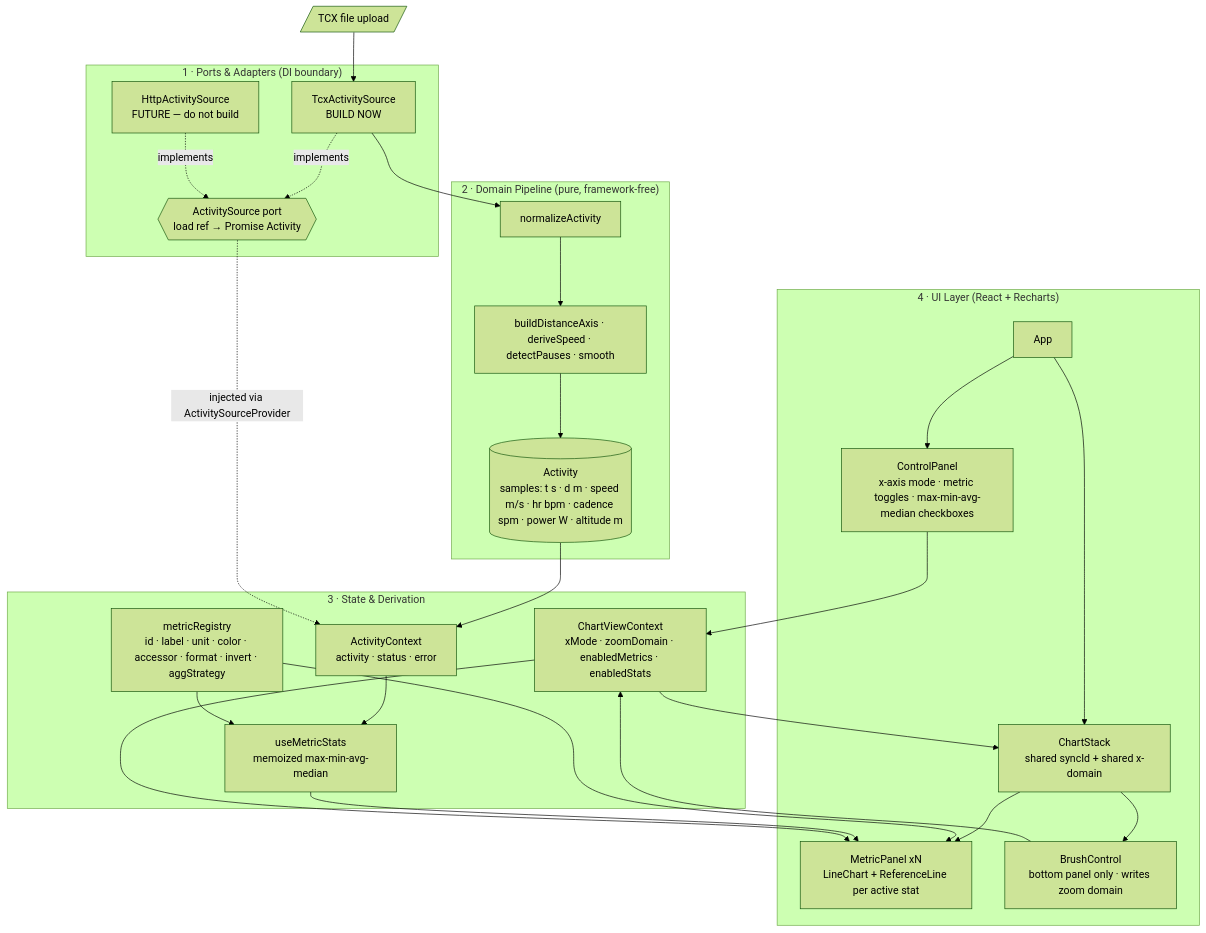
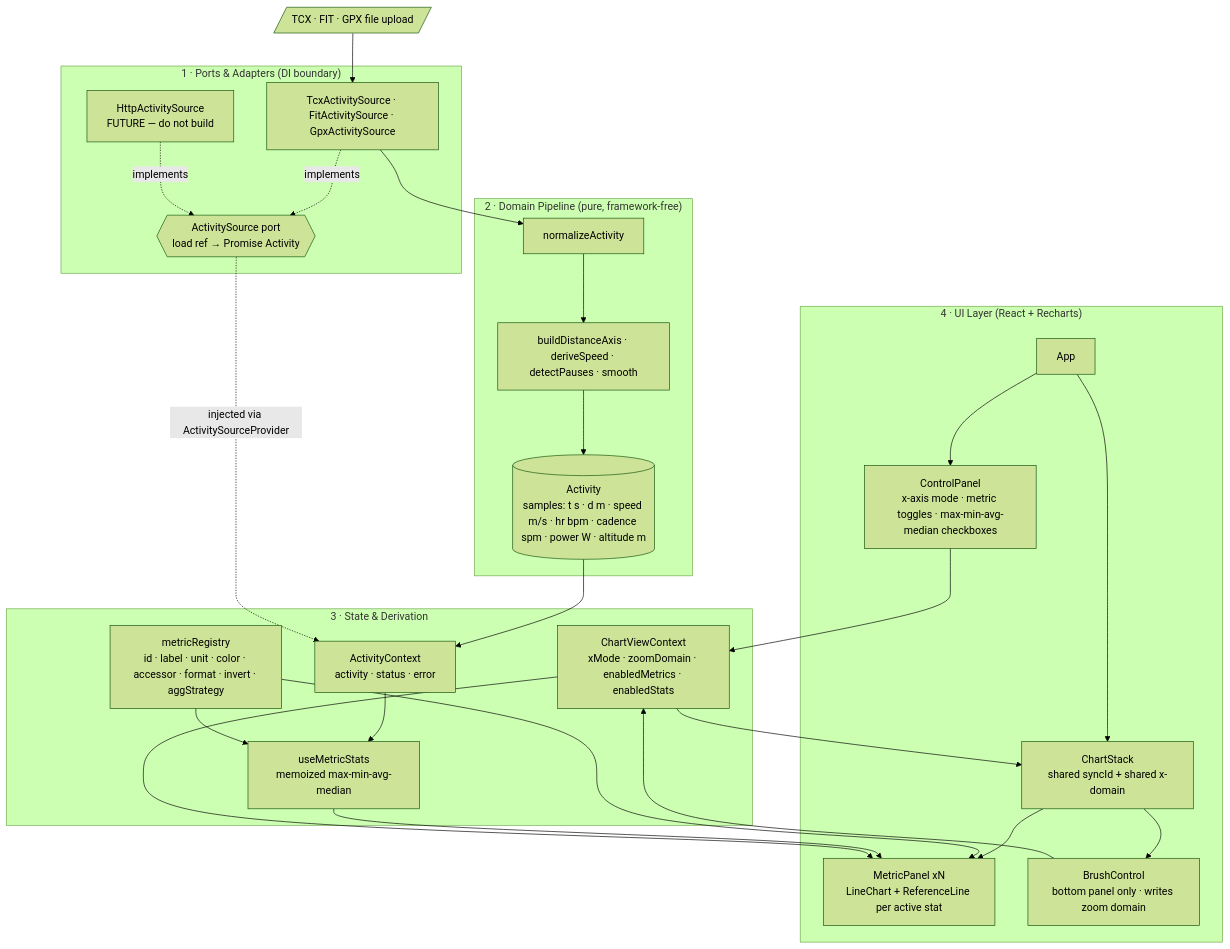
The diagram in doc/ARCHITECTURE.md (Mcklmo/timeseries-visualizer), drawn with Mermaid (forest theme) before and after one commit. The commit also changed other lines of this file and 38 other files, not shown here.

````diff
--- a/doc/ARCHITECTURE.md
+++ b/doc/ARCHITECTURE.md
@@ -72,49 +73,49 @@
 ```mermaid
 flowchart TB
   subgraph UI["4 · UI Layer (React + Recharts)"]
     App[App]
     Ctl[ControlPanel<br/>x-axis mode · metric toggles · max-min-avg-median checkboxes]
     Stack[ChartStack<br/>shared syncId + shared x-domain]
     Panel["MetricPanel xN<br/>LineChart + ReferenceLine per active stat"]
     Brush[BrushControl<br/>bottom panel only · writes zoom domain]
     App --> Ctl
     App --> Stack
     Stack --> Panel
     Stack --> Brush
   end
 
   subgraph STATE["3 · State & Derivation"]
     AC[ActivityContext<br/>activity · status · error]
     VC[ChartViewContext<br/>xMode · zoomDomain · enabledMetrics · enabledStats]
     REG[metricRegistry<br/>id · label · unit · color · accessor · format · invert · aggStrategy]
     STATS[useMetricStats<br/>memoized max-min-avg-median]
   end
 
   subgraph DOMAIN["2 · Domain Pipeline (pure, framework-free)"]
     NORM[normalizeActivity]
     DERIVE[buildDistanceAxis · deriveSpeed · detectPauses · smooth]
     MODEL[(Activity<br/>samples: t s · d m · speed m/s · hr bpm · cadence spm · power W · altitude m)]
     NORM --> DERIVE --> MODEL
   end
 
   subgraph DATA["1 · Ports & Adapters (DI boundary)"]
     PORT{{"ActivitySource port<br/>load ref → Promise Activity"}}
-    TCX[TcxActivitySource<br/>BUILD NOW]
+    TCX[TcxActivitySource · FitActivitySource · GpxActivitySource]
     API[HttpActivitySource<br/>FUTURE — do not build]
     TCX -.implements.-> PORT
     API -.implements.-> PORT
   end
 
-  FILE[/TCX file upload/] --> TCX
+  FILE[/TCX · FIT · GPX file upload/] --> TCX
   TCX --> NORM
   MODEL --> AC
   AC --> STATS
   REG --> STATS
   REG --> Panel
   STATS --> Panel
   VC --> Panel
   VC --> Stack
   Ctl --> VC
   Brush --> VC
   PORT -.injected via ActivitySourceProvider.-> AC
 ```
````
